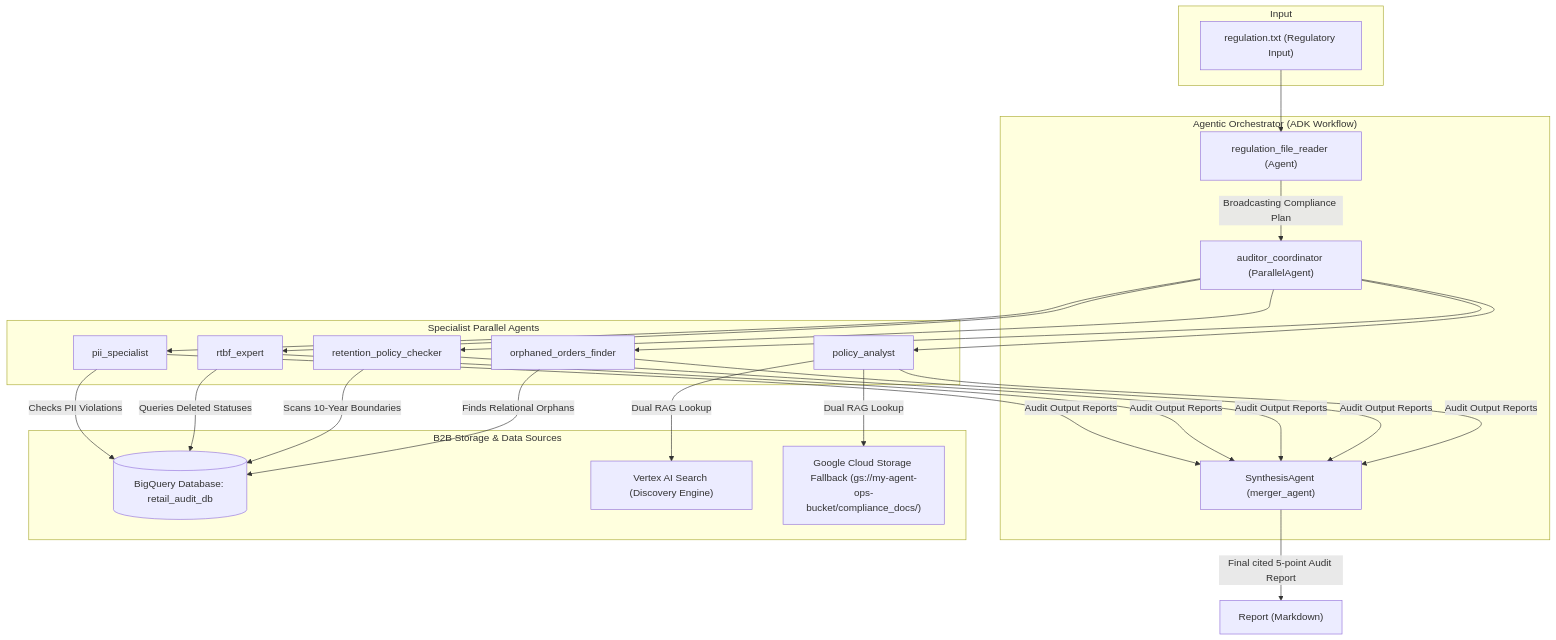
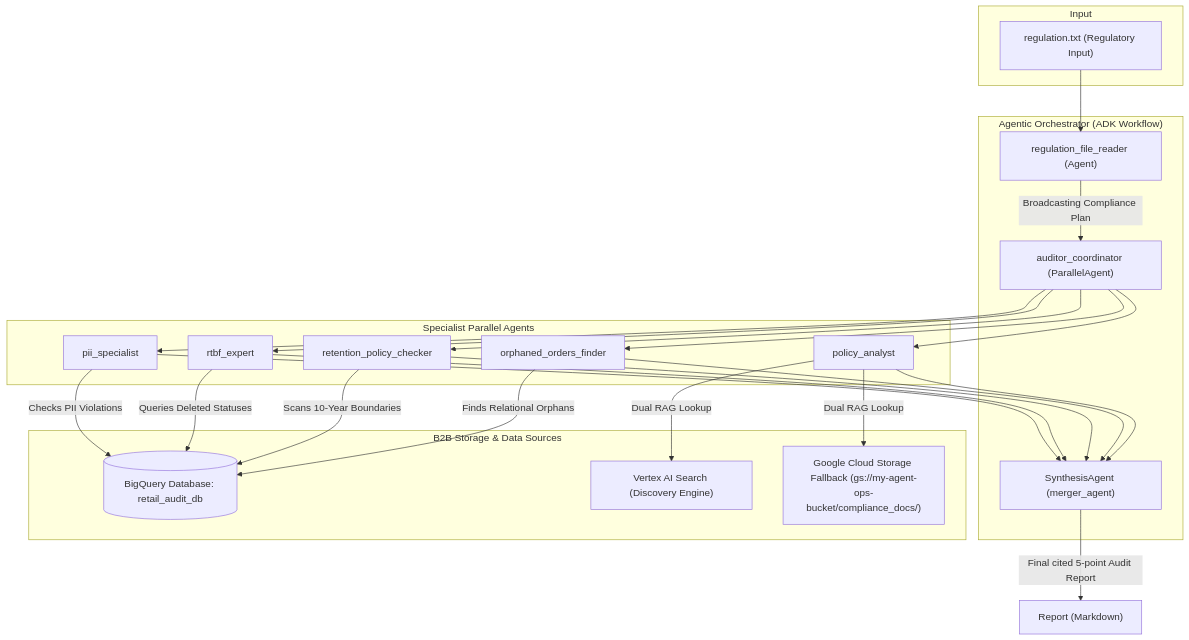
Before and after one commit to HemanthNeehar/Autonomous-Auditor: the diagram in README.md, drawn with Mermaid.

Commit message:
docs: Fix README.md Mermaid diagram layout/syntax rendering errors

````diff
--- a/README.md
+++ b/README.md
@@ -21,39 +21,50 @@
 ```mermaid
 flowchart TD
     subgraph Input
         R["regulation.txt (Regulatory Input)"]
     end
 
     subgraph "Agentic Orchestrator (ADK Workflow)"
         RFR["regulation_file_reader (Agent)"]
         Coord["auditor_coordinator (ParallelAgent)"]
         Synthesizer["SynthesisAgent (merger_agent)"]
     end
 
-    subgraph Specialist Parallel Agents
+    subgraph "Specialist Parallel Agents"
         PII["pii_specialist"]
         RTB["rtbf_expert"]
         RET["retention_policy_checker"]
         ORP["orphaned_orders_finder"]
         POL["policy_analyst"]
     end
 
     subgraph "B2B Storage & Data Sources"
         BQ[("BigQuery Database: retail_audit_db")]
         Disc["Vertex AI Search (Discovery Engine)"]
         GCS["Google Cloud Storage Fallback (gs://my-agent-ops-bucket/compliance_docs/)"]
     end
 
     R --> RFR
     RFR -- "Broadcasting Compliance Plan" --> Coord
-    Coord --> PII & RTB & RET & ORP & POL
+    
+    Coord --> PII
+    Coord --> RTB
+    Coord --> RET
+    Coord --> ORP
+    Coord --> POL
     
     PII -- "Checks PII Violations" --> BQ
     RTB -- "Queries Deleted Statuses" --> BQ
     RET -- "Scans 10-Year Boundaries" --> BQ
     ORP -- "Finds Relational Orphans" --> BQ
-    POL -- "Dual RAG Lookup" --> Disc & GCS
+    POL -- "Dual RAG Lookup" --> Disc
+    POL -- "Dual RAG Lookup" --> GCS
 
-    PII & RTB & RET & ORP & POL -- "Audit Output Reports" --> Synthesizer
+    PII --> Synthesizer
+    RTB --> Synthesizer
+    RET --> Synthesizer
+    ORP --> Synthesizer
+    POL --> Synthesizer
+    
     Synthesizer -- "Final cited 5-point Audit Report" --> Output["Report (Markdown)"]
 ```
````
